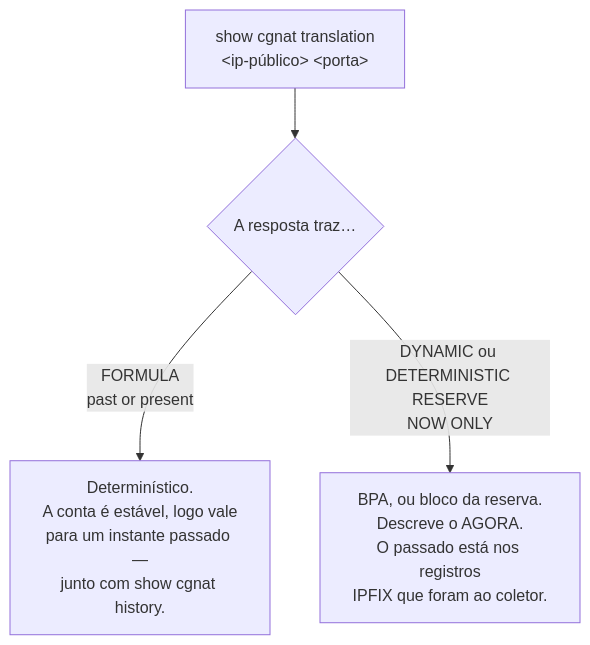
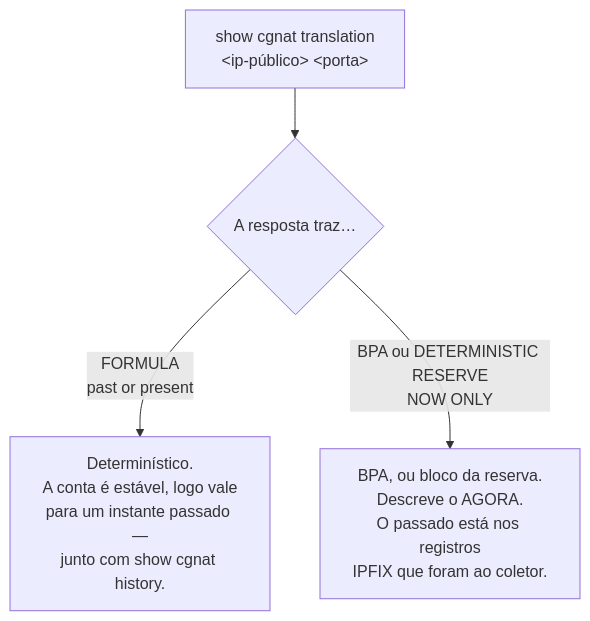
The diagram in wiki/referencia/vty-prismash-guia-de-uso/comandos-show.md (andrediashexa/prismarouting), drawn with Mermaid before and after one commit. The commit also changed other lines of this file and 13 other files, not shown here.

First line of the commit message:
show cgnat translation says BPA for an on-demand block, not DYNAMIC (#619)

````diff
--- a/wiki/referencia/vty-prismash-guia-de-uso/comandos-show.md
+++ b/wiki/referencia/vty-prismash-guia-de-uso/comandos-show.md
@@ -796,6 +796,6 @@
 ```mermaid
 flowchart TD
     T["show cgnat translation<br/>&lt;ip-público&gt; &lt;porta&gt;"] --> Q{"A resposta traz…"}
     Q -->|"FORMULA<br/>past or present"| A["Determinístico.<br/>A conta é estável, logo vale<br/>para um instante passado —<br/>junto com show cgnat history."]
-    Q -->|"DYNAMIC ou DETERMINISTIC RESERVE<br/>NOW ONLY"| B["BPA, ou bloco da reserva.<br/>Descreve o AGORA.<br/>O passado está nos registros<br/>IPFIX que foram ao coletor."]
+    Q -->|"BPA ou DETERMINISTIC RESERVE<br/>NOW ONLY"| B["BPA, ou bloco da reserva.<br/>Descreve o AGORA.<br/>O passado está nos registros<br/>IPFIX que foram ao coletor."]
 ```
````
